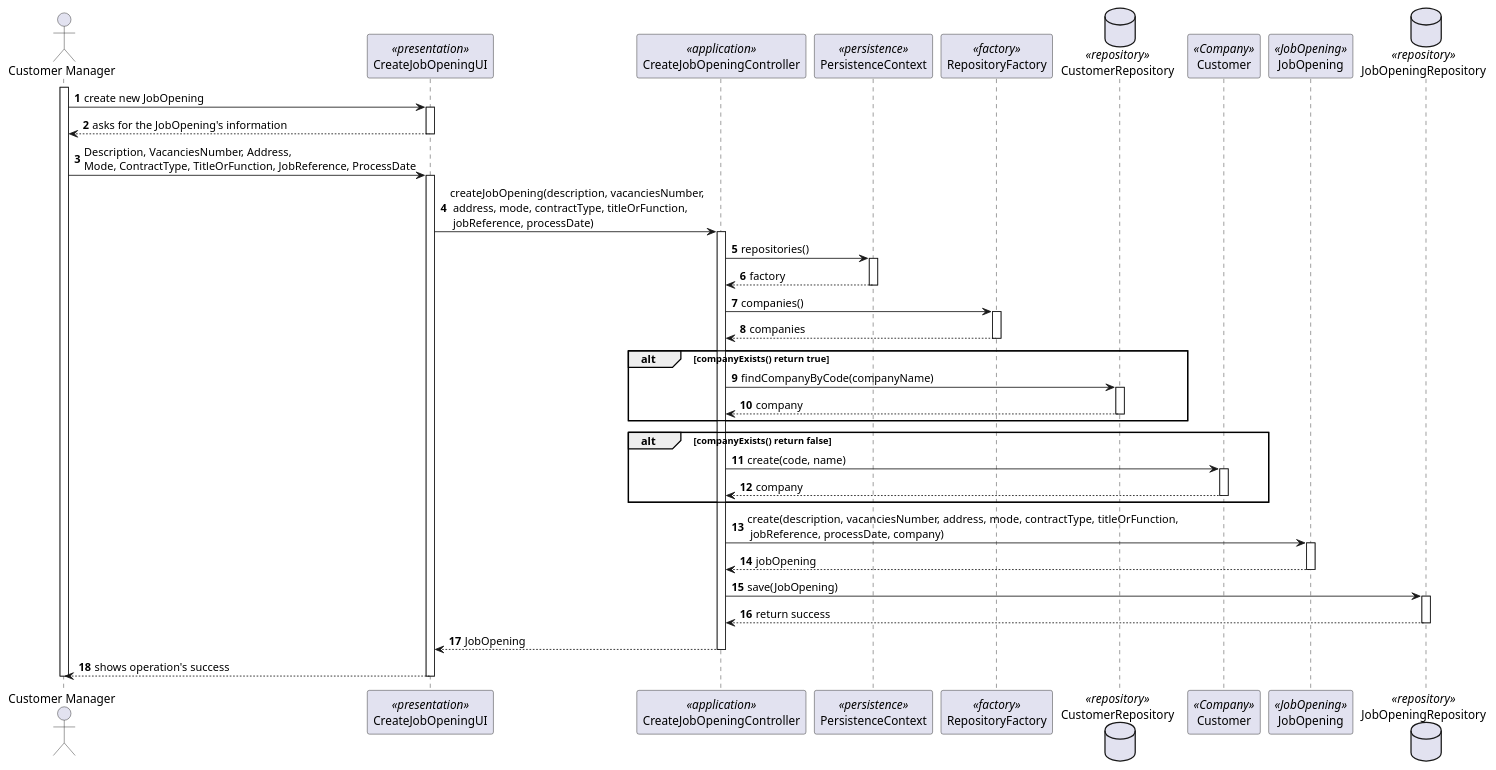
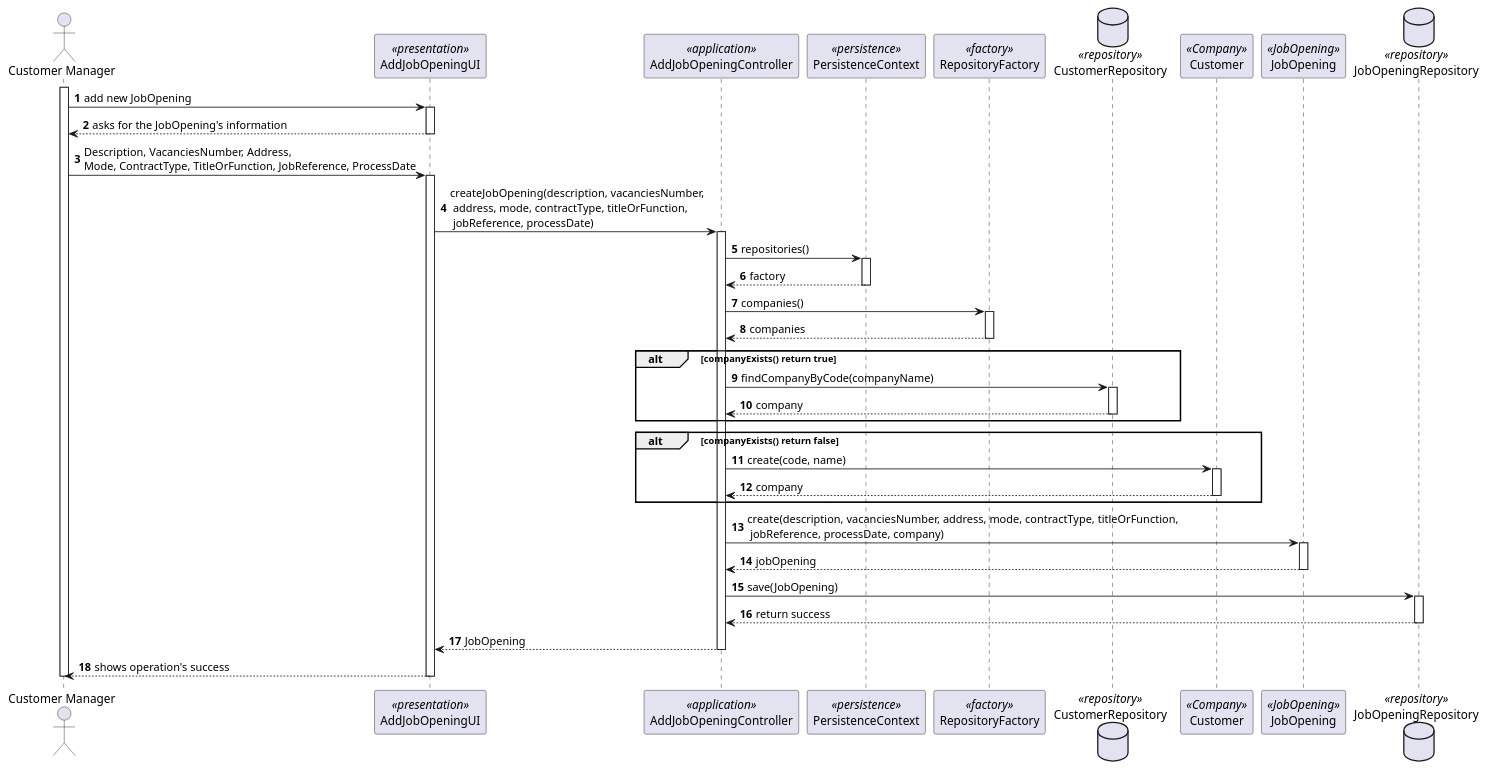
The diagram in docs/SprintB/1002/1002-sequence-diagram-overview.puml (MiguelCardoso77/LAPR4), drawn with PlantUML before and after one commit.

Commit message:
sequence diagram update #10

```diff
--- a/docs/SprintB/1002/1002-sequence-diagram-overview.puml
+++ b/docs/SprintB/1002/1002-sequence-diagram-overview.puml
@@ -1,94 +1,94 @@
 @startuml
 autonumber
 
 
 actor "Customer Manager" as CM
-participant CreateJobOpeningUI <<presentation>>
-participant CreateJobOpeningController <<application>>
+participant AddJobOpeningUI <<presentation>>
+participant AddJobOpeningController <<application>>
 participant PersistenceContext <<persistence>>
 participant RepositoryFactory <<factory>>
 database CustomerRepository <<repository>>
 participant Customer <<Company>>
 participant JobOpening <<JobOpening>>
 database JobOpeningRepository <<repository>>
 
 activate CM
 
 
-    CM -> CreateJobOpeningUI: create new JobOpening
+    CM -> AddJobOpeningUI: add new JobOpening
 
-        activate CreateJobOpeningUI
+        activate AddJobOpeningUI
 
-    CreateJobOpeningUI --> CM: asks for the JobOpening's information
+    AddJobOpeningUI --> CM: asks for the JobOpening's information
 
-        deactivate CreateJobOpeningUI
+        deactivate AddJobOpeningUI
 
-    CM -> CreateJobOpeningUI : Description, VacanciesNumber, Address, \nMode, ContractType, TitleOrFunction, JobReference, ProcessDate
+    CM -> AddJobOpeningUI : Description, VacanciesNumber, Address, \nMode, ContractType, TitleOrFunction, JobReference, ProcessDate
 
-        activate CreateJobOpeningUI
+        activate AddJobOpeningUI
 
-    CreateJobOpeningUI -> CreateJobOpeningController: createJobOpening(description, vacanciesNumber, \n address, mode, contractType, titleOrFunction, \n jobReference, processDate)
+    AddJobOpeningUI -> AddJobOpeningController: createJobOpening(description, vacanciesNumber, \n address, mode, contractType, titleOrFunction, \n jobReference, processDate)
 
-        activate CreateJobOpeningController
+        activate AddJobOpeningController
 
-    CreateJobOpeningController -> PersistenceContext : repositories()
+    AddJobOpeningController -> PersistenceContext : repositories()
 
         activate PersistenceContext
 
-    PersistenceContext --> CreateJobOpeningController : factory
+    PersistenceContext --> AddJobOpeningController : factory
 
         deactivate PersistenceContext
 
-    CreateJobOpeningController -> RepositoryFactory : companies()
+    AddJobOpeningController -> RepositoryFactory : companies()
 
         activate RepositoryFactory
 
-    RepositoryFactory --> CreateJobOpeningController : companies
+    RepositoryFactory --> AddJobOpeningController : companies
 
         deactivate RepositoryFactory
 
 alt companyExists() return true
 
-    CreateJobOpeningController -> CustomerRepository : findCompanyByCode(companyName)
+    AddJobOpeningController -> CustomerRepository : findCompanyByCode(companyName)
         activate CustomerRepository
 
-    CustomerRepository --> CreateJobOpeningController : company
+    CustomerRepository --> AddJobOpeningController : company
         deactivate CustomerRepository
 end alt
 
 
 alt companyExists() return false
-    CreateJobOpeningController -> Customer: create(code, name)
+    AddJobOpeningController -> Customer: create(code, name)
         activate Customer
 
-    Customer --> CreateJobOpeningController: company
+    Customer --> AddJobOpeningController: company
         deactivate Customer
 end alt
 
-    CreateJobOpeningController -> JobOpening: create(description, vacanciesNumber, address, mode, contractType, titleOrFunction, \n jobReference, processDate, company)
+    AddJobOpeningController -> JobOpening: create(description, vacanciesNumber, address, mode, contractType, titleOrFunction, \n jobReference, processDate, company)
 
         activate JobOpening
 
-    JobOpening --> CreateJobOpeningController: jobOpening
+    JobOpening --> AddJobOpeningController: jobOpening
 
         deactivate JobOpening
 
-    CreateJobOpeningController -> JobOpeningRepository : save(JobOpening)
+    AddJobOpeningController -> JobOpeningRepository : save(JobOpening)
 
         activate JobOpeningRepository
 
-    JobOpeningRepository --> CreateJobOpeningController: return success
+    JobOpeningRepository --> AddJobOpeningController: return success
 
         deactivate JobOpeningRepository
 
-    CreateJobOpeningController --> CreateJobOpeningUI : JobOpening
+    AddJobOpeningController --> AddJobOpeningUI : JobOpening
 
-        deactivate CreateJobOpeningController
+        deactivate AddJobOpeningController
 
-    CreateJobOpeningUI --> CM : shows operation's success
+    AddJobOpeningUI --> CM : shows operation's success
 
-        deactivate CreateJobOpeningUI
+        deactivate AddJobOpeningUI
 
         deactivate CM
 
 @enduml
```
